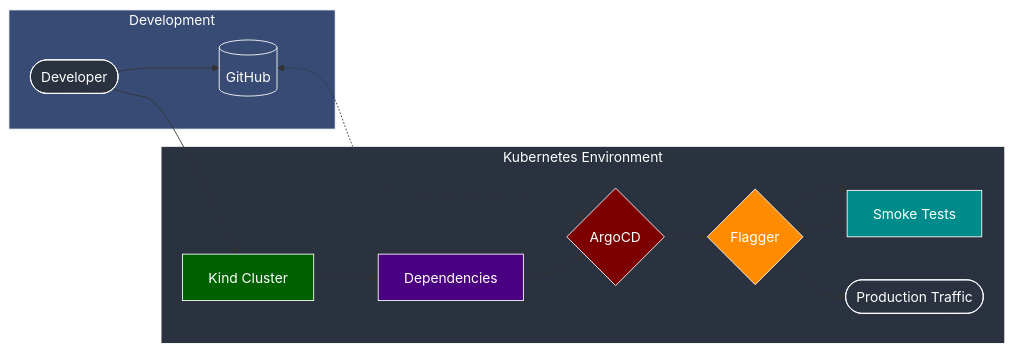
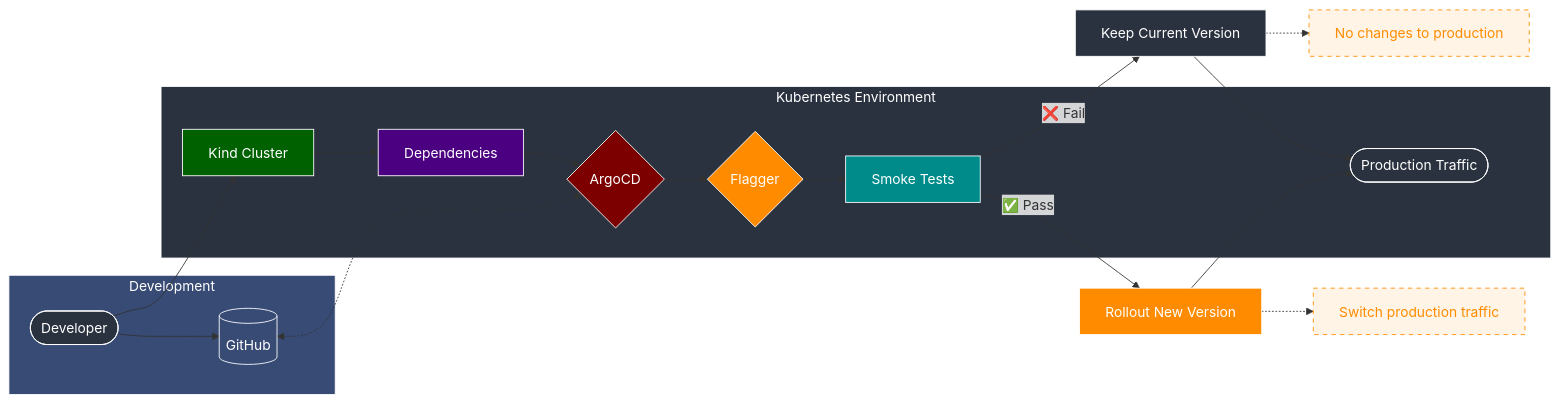
The diagram in demo/kind/README.md (ishuar/storyblok-challenge), drawn with Mermaid before and after one commit. The commit also changed other lines of this file, not shown here.

Commit message:
docs: updated kind/demo readme

````diff
--- a/demo/kind/README.md
+++ b/demo/kind/README.md
@@ -11,53 +12,66 @@
 ```mermaid
 flowchart LR
     %% Define nodes with specific shapes and colors
     Dev([Developer]):::developer
     Git[(GitHub)]:::source
     Kind[Kind Cluster]:::cluster
     Deps[Dependencies]:::deps
     ArgoCD{ArgoCD}:::cd
     Flagger{Flagger}:::flagger
     Tests[Smoke Tests]:::test
     Traffic([Production Traffic]):::traffic
 
     %% Define custom styles
     classDef developer fill:#2B323F,stroke:#fff,color:#fff
     classDef source fill:#384B75,stroke:#fff,color:#fff
     classDef cluster fill:#006100,stroke:#fff,color:#fff
     classDef deps fill:#4B0082,stroke:#fff,color:#fff
     classDef cd fill:#7C0000,stroke:#fff,color:#fff
     classDef flagger fill:#FF8C00,stroke:#fff,color:#fff
     classDef test fill:#008B8B,stroke:#fff,color:#fff
     classDef traffic fill:#2B323F,stroke:#fff,color:#fff
+    classDef note fill:#FFF4E6,stroke:#FF8C00,color:#FF8C00,stroke-dasharray: 5 5
+    classDef success fill:#E6FFE6,stroke:#006100,color:#006100
+    classDef failure fill:#FFE6E6,stroke:#7C0000,color:#7C0000
 
     %% Layout the flow to avoid crossings
     Dev --> Kind
     Dev --> Git
     Git <-.-> ArgoCD
     Kind --> Deps
     Deps --> ArgoCD
     ArgoCD --> Flagger
+
+    %% Test and deployment flow
     Flagger --> Tests
-    Tests --> Flagger
-    Flagger --> Traffic
+    Tests -->|❌ Fail| Keep[Keep Current Version]:::traffic
+    Tests -->|✅ Pass| Rollout[Rollout New Version]:::flagger
+    Keep --> Traffic
+    Rollout --> Traffic
+
+    %% Add status notes
+    noteF[No changes to production]:::note
+    noteP[Switch production traffic]:::note
+    Keep -.-> noteF
+    Rollout -.-> noteP
 
     %% Group related components
     subgraph dev[Development]
         Dev
         Git
     end
 
     subgraph k8s[Kubernetes Environment]
         Kind
         Deps
         ArgoCD
         Flagger
         Tests
         Traffic
     end
 
     %% Style subgraphs
     style dev fill:#384B75,stroke:#fff,color:#fff
     style k8s fill:#2B323F,stroke:#fff,color:#fff
 
 ```
````
